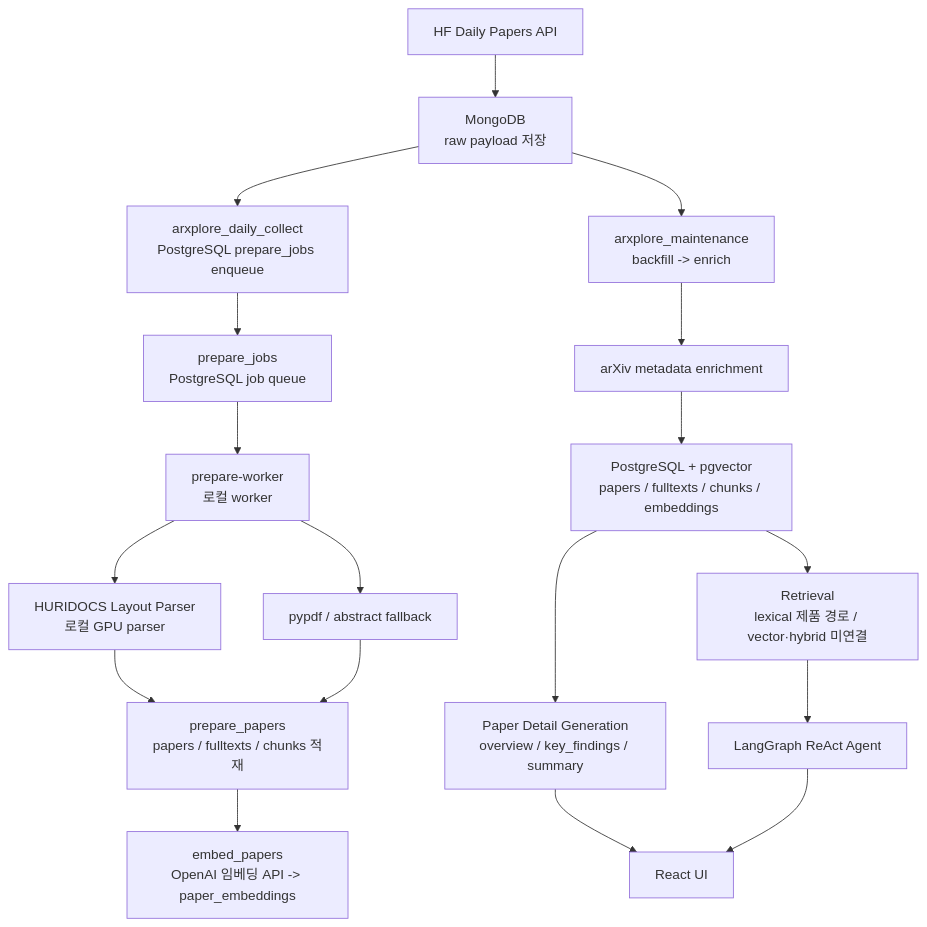
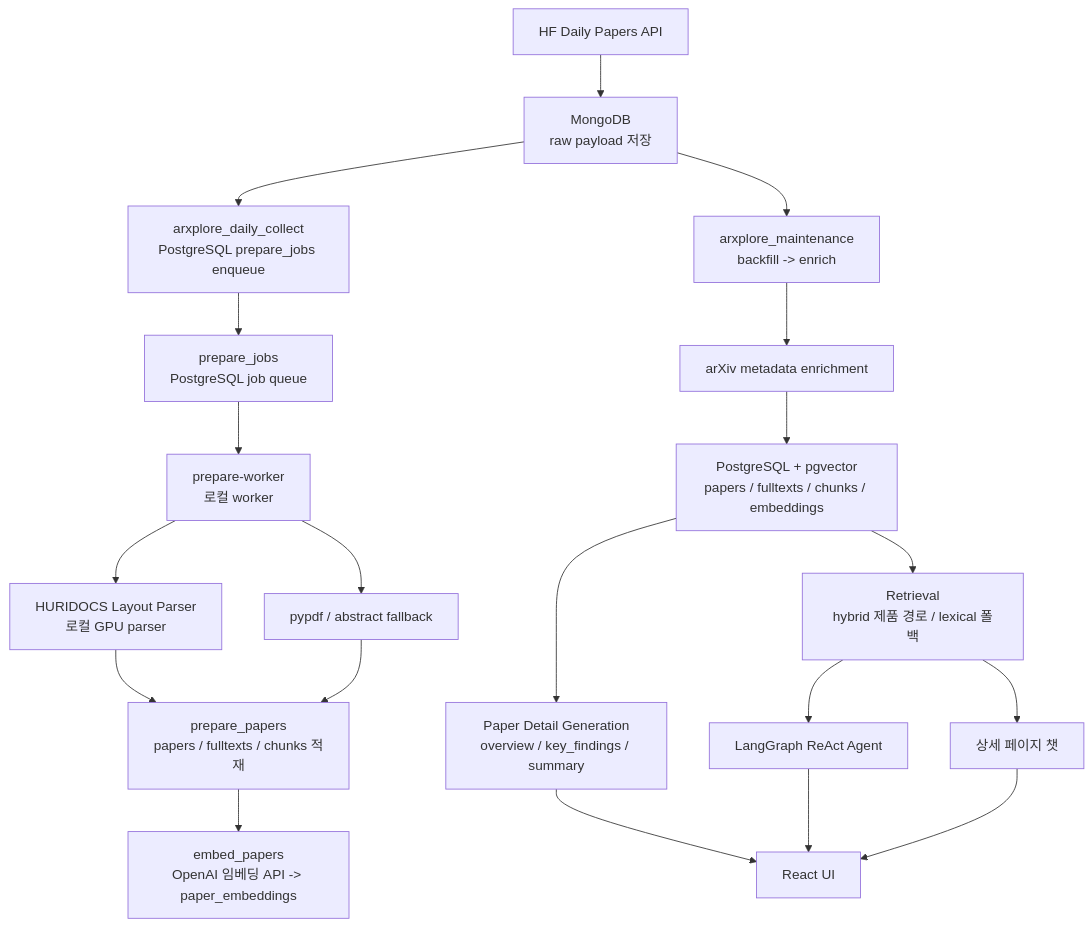
Before and after one commit to cwj0666/ArXplore: the first of 2 diagrams in docs/architecture/ARCHITECTURE.md, drawn with Mermaid. The commit also changed other lines of this file and 72 other files, not shown here.

````diff
--- a/docs/architecture/ARCHITECTURE.md
+++ b/docs/architecture/ARCHITECTURE.md
@@ -11,20 +11,22 @@
 ```mermaid
 flowchart TD
     A[HF Daily Papers API] --> B[MongoDB<br/>raw payload 저장]
     B --> C[arxplore_daily_collect<br/>PostgreSQL prepare_jobs enqueue]
     C --> D[prepare_jobs<br/>PostgreSQL job queue]
     D --> E[prepare-worker<br/>로컬 worker]
     E --> F[HURIDOCS Layout Parser<br/>로컬 GPU parser]
     E --> G[pypdf / abstract fallback]
     F --> H[prepare_papers<br/>papers / fulltexts / chunks 적재]
     G --> H
     H --> I[embed_papers<br/>OpenAI 임베딩 API -> paper_embeddings]
     B --> J[arxplore_maintenance<br/>backfill -> enrich]
     J --> K[arXiv metadata enrichment]
     K --> L[PostgreSQL + pgvector<br/>papers / fulltexts / chunks / embeddings]
-    L --> M[Retrieval<br/>lexical 제품 경로 / vector·hybrid 미연결]
+    L --> M[Retrieval<br/>hybrid 제품 경로 / lexical 폴백]
     L --> N[Paper Detail Generation<br/>overview / key_findings / summary]
     M --> O[LangGraph ReAct Agent]
+    M --> Q[상세 페이지 챗]
     N --> P[React UI]
     O --> P
+    Q --> P
 ```
````
